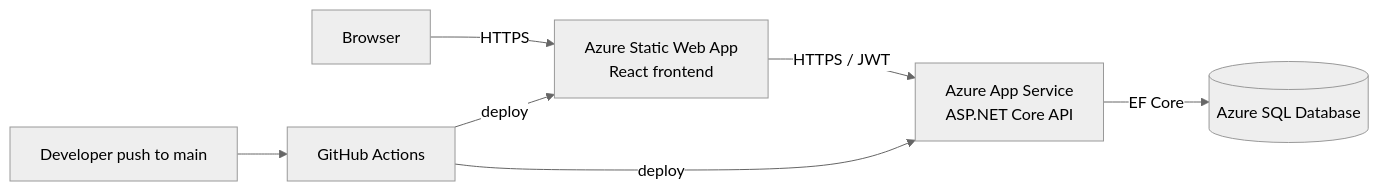
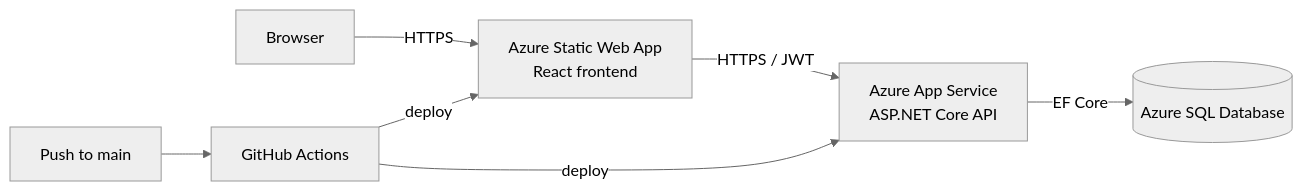
Before and after one commit to smehta525/osu-buckeye-marketplace: the first of 2 diagrams in README.md, drawn with Mermaid (neutral theme). The commit also changed other lines of this file and 4 other files, not shown here.

````diff
--- a/README.md
+++ b/README.md
@@ -148,9 +137,9 @@
 ```mermaid
 flowchart LR
     User[Browser] -->|HTTPS| SWA[Azure Static Web App<br/>React frontend]
     SWA -->|HTTPS / JWT| API[Azure App Service<br/>ASP.NET Core API]
     API -->|EF Core| DB[(Azure SQL Database)]
-    Dev[Developer push to main] --> GH[GitHub Actions]
+    Dev[Push to main] --> GH[GitHub Actions]
     GH -->|deploy| SWA
     GH -->|deploy| API
 ```
````
